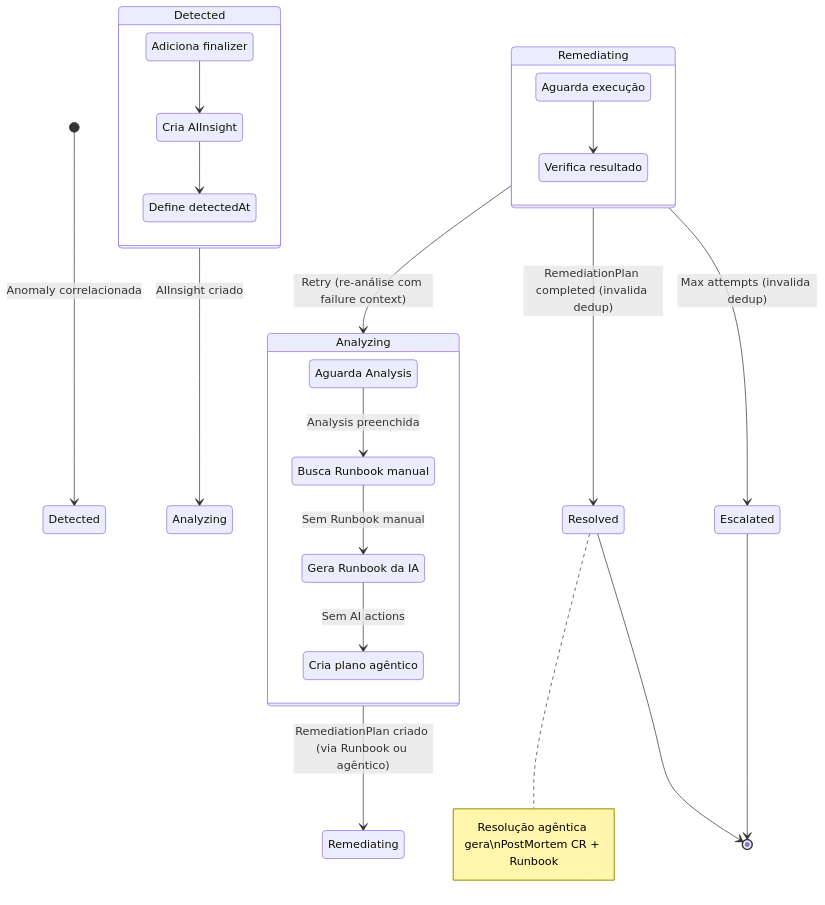
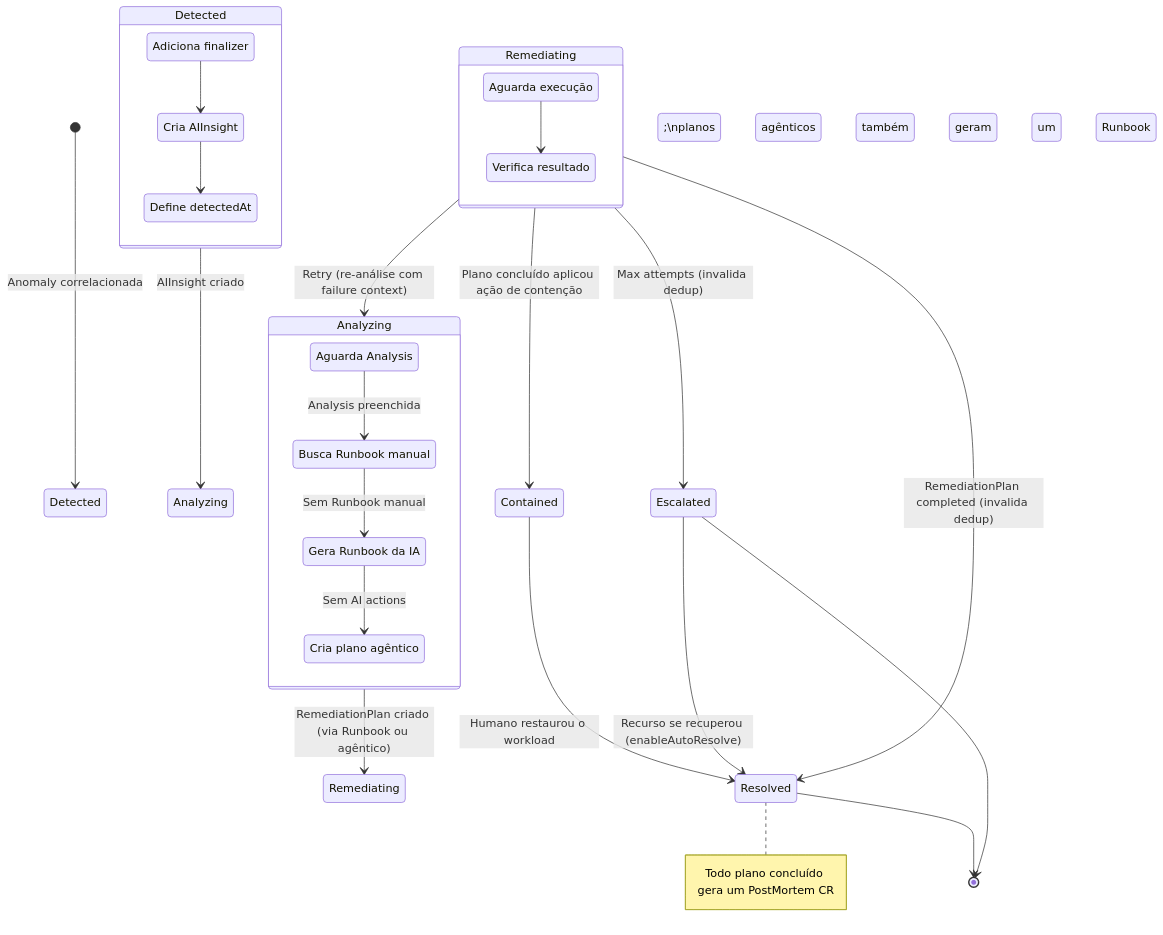
The second of 3 diagrams in pt/features/aiops-platform.mdx (diillson/chatcli.ai), drawn with Mermaid before and after one commit. The commit also changed other lines of this file and 126 other files, not shown here.

````diff
--- a/pt/features/aiops-platform.mdx
+++ b/pt/features/aiops-platform.mdx
@@ -251,41 +273,44 @@
 ```mermaid
 stateDiagram-v2
     [*] --> Detected : Anomaly correlacionada
 
     state "Detected" as D {
         state "Adiciona finalizer" as D1
         state "Cria AIInsight" as D2
         state "Define detectedAt" as D3
         D1 --> D2
         D2 --> D3
     }
 
     D --> Analyzing : AIInsight criado
 
     state "Analyzing" as A {
         state "Aguarda Analysis" as A1
         state "Busca Runbook manual" as A2
         state "Gera Runbook da IA" as A3
         state "Cria plano agêntico" as A4
         A1 --> A2 : Analysis preenchida
         A2 --> A3 : Sem Runbook manual
         A3 --> A4 : Sem AI actions
     }
 
     A --> Remediating : RemediationPlan criado (via Runbook ou agêntico)
 
     state "Remediating" as R {
         state "Aguarda execução" as R1
         state "Verifica resultado" as R2
         R1 --> R2
     }
 
     R --> Resolved : RemediationPlan completed (invalida dedup)
+    R --> Contained : Plano concluído aplicou ação de contenção
     R --> A : Retry (re-análise com failure context)
     R --> Escalated : Max attempts (invalida dedup)
+    Contained --> Resolved : Humano restaurou o workload
+    Escalated --> Resolved : Recurso se recuperou (enableAutoResolve)
 
-    note right of Resolved : Resolução agêntica gera\nPostMortem CR + Runbook
+    note right of Resolved : Todo plano concluído gera um PostMortem CR;\nplanos agênticos também geram um Runbook
 
     Resolved --> [*]
     Escalated --> [*]
 ```
````
